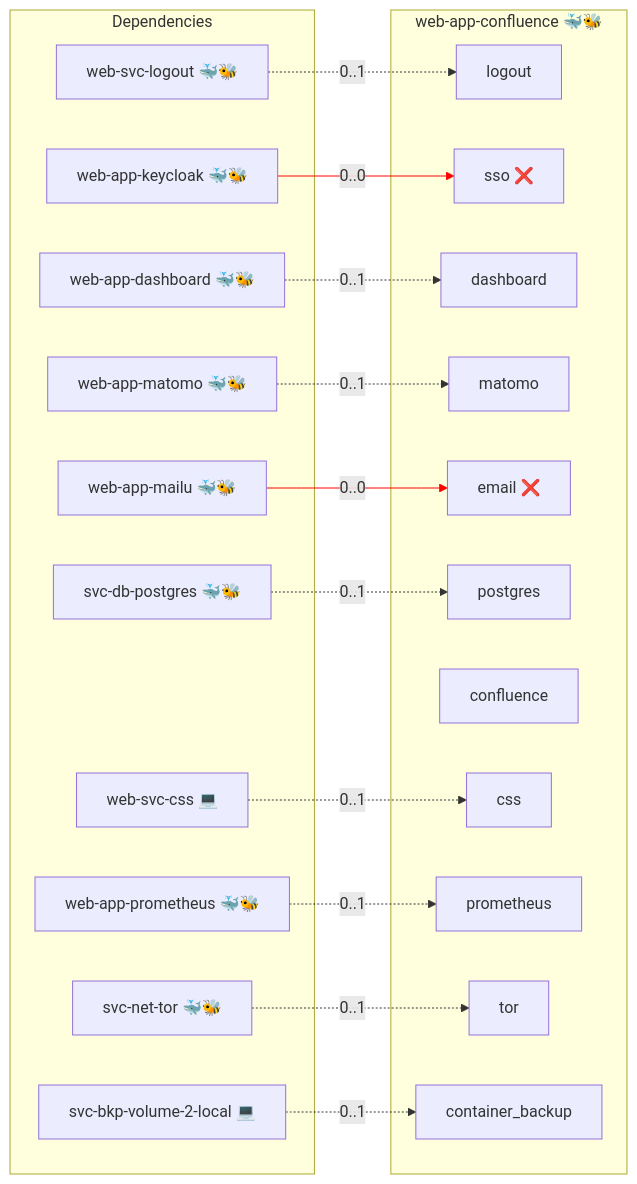
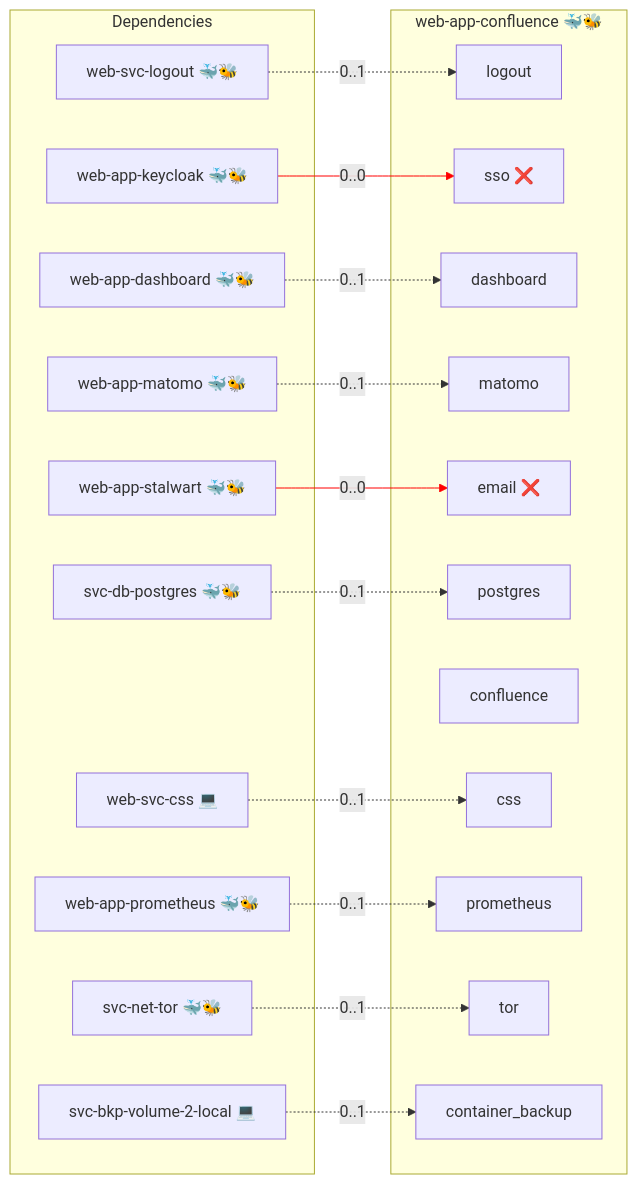
The diagram in roles/web-app-confluence/README.md (AlejandroRomanIbanez/infinito-nexus), drawn with Mermaid before and after one commit. The commit also changed 67 other files, not shown here.

````diff
--- a/roles/web-app-confluence/README.md
+++ b/roles/web-app-confluence/README.md
@@ -15,39 +15,39 @@
 ```mermaid
 flowchart LR
     subgraph deps [Dependencies]
         dep_svc_bkp_volume_2_local["svc-bkp-volume-2-local 💻"]
         dep_svc_db_postgres["svc-db-postgres 🐳🐝"]
         dep_svc_net_tor["svc-net-tor 🐳🐝"]
         dep_web_app_dashboard["web-app-dashboard 🐳🐝"]
         dep_web_app_keycloak["web-app-keycloak 🐳🐝"]
-        dep_web_app_mailu["web-app-mailu 🐳🐝"]
         dep_web_app_matomo["web-app-matomo 🐳🐝"]
         dep_web_app_prometheus["web-app-prometheus 🐳🐝"]
+        dep_web_app_stalwart["web-app-stalwart 🐳🐝"]
         dep_web_svc_css["web-svc-css 💻"]
         dep_web_svc_logout["web-svc-logout 🐳🐝"]
     end
     subgraph role [web-app-confluence 🐳🐝]
         svc_logout["logout"]
         svc_sso["sso ❌"]
         svc_dashboard["dashboard"]
         svc_matomo["matomo"]
         svc_email["email ❌"]
         svc_postgres["postgres"]
         svc_confluence["confluence"]
         svc_css["css"]
         svc_prometheus["prometheus"]
         svc_tor["tor"]
         svc_container_backup["container_backup"]
     end
     dep_svc_bkp_volume_2_local -. "0..1" .-> svc_container_backup
     dep_svc_db_postgres -. "0..1" .-> svc_postgres
     dep_svc_net_tor -. "0..1" .-> svc_tor
     dep_web_app_dashboard -. "0..1" .-> svc_dashboard
     dep_web_app_keycloak -- "0..0" --> svc_sso
-    dep_web_app_mailu -- "0..0" --> svc_email
     dep_web_app_matomo -. "0..1" .-> svc_matomo
     dep_web_app_prometheus -. "0..1" .-> svc_prometheus
+    dep_web_app_stalwart -- "0..0" --> svc_email
     dep_web_svc_css -. "0..1" .-> svc_css
     dep_web_svc_logout -. "0..1" .-> svc_logout
-    linkStyle 4,5 stroke:red;
+    linkStyle 4,7 stroke:red;
 ```
````
